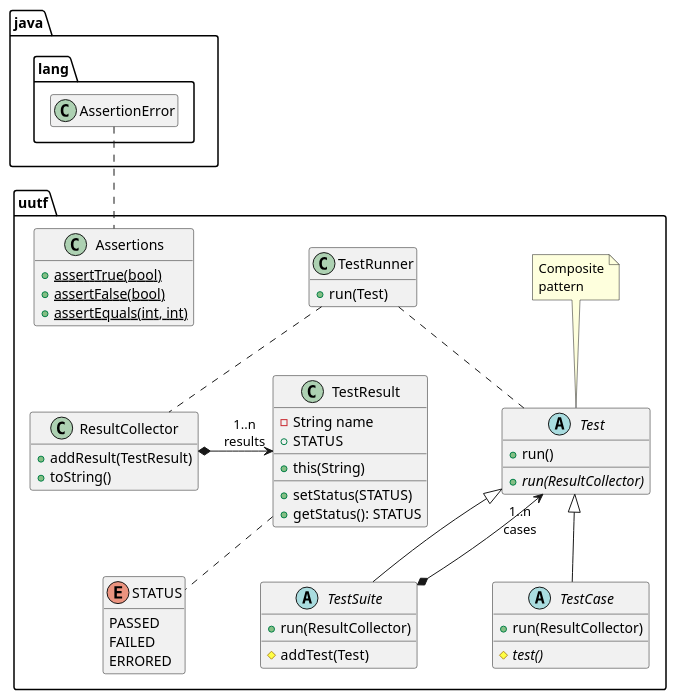
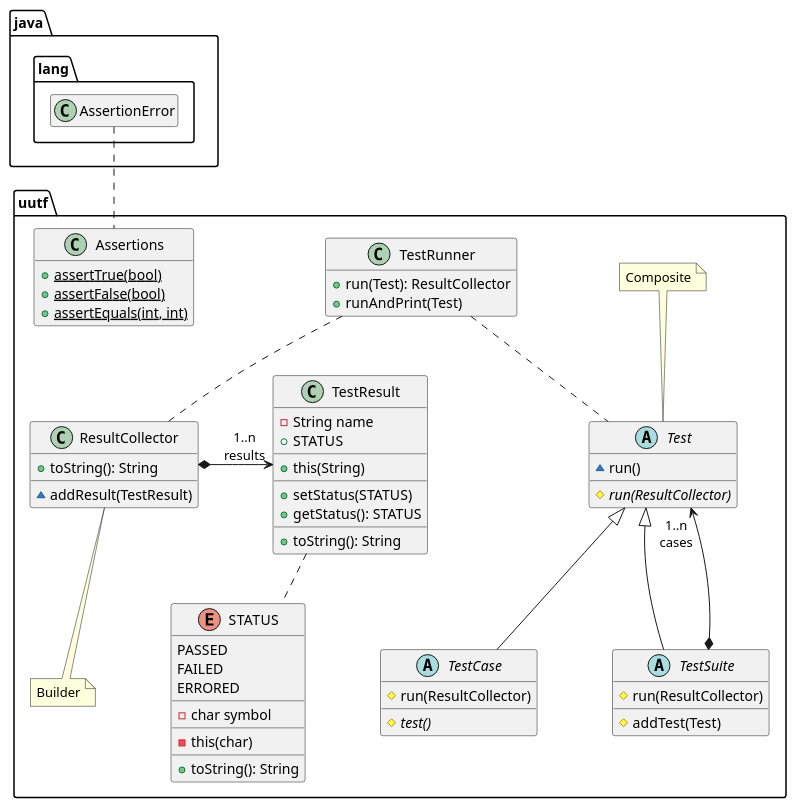
The diagram in docs/uml/4_test_composite.puml (ace-lectures/inf5153-junit-demo), drawn with PlantUML before and after one commit. The commit also changed 24 other files, not shown here.

```diff
--- a/docs/uml/4_test_composite.puml
+++ b/docs/uml/4_test_composite.puml
@@ -1,90 +1,100 @@
 @startuml
 
 skinparam nodesep 75
 skinparam ranksep 50
 hide empty members
 
 
 
 package uutf {
 
   class Assertions {
     + {static} assertTrue(bool)
     + {static} assertFalse(bool)
     + {static} assertEquals(int, int)
   }
 
   abstract class Test {
-    + run()
+    ~ run()
     __
-    + {abstract} run(ResultCollector)
+    # {abstract} run(ResultCollector)
   }
   note top
     Composite
-    pattern
   end note
 
   abstract class TestCase {
-    + run(ResultCollector)
+    # run(ResultCollector)
     __
     # {abstract} test()
   }
 
   abstract class TestSuite {
-    + run(ResultCollector)
+    # run(ResultCollector)
     __
     # addTest(Test)
   }
 
   TestSuite *--> "1..n\ncases" Test
 
   class TestRunner {
-    + run(Test)
+    + run(Test): ResultCollector
+    + runAndPrint(Test)
   }
 
   TestRunner .. Test
 
   Test <|-- TestCase
   Test <|-- TestSuite
 
   class ResultCollector {
-    + addResult(TestResult)
-    + toString()
+    + toString(): String
+    __
+    ~ addResult(TestResult)
   }
+  note bottom: Builder
 
   ResultCollector *-> "1..n\nresults" TestResult
 
   Assertions .[hidden]. ResultCollector
 
-enum STATUS {
-  PASSED
-  FAILED
-  ERRORED
-}
+  enum STATUS {
+    PASSED
+    FAILED
+    ERRORED
+    __
+    - char symbol
+    __
+    - this(char)
+    __
+    + toString(): String
+  }
 
-class TestResult {
-  - String name
-  + STATUS
-  __
-  + this(String)
-  __
-  + setStatus(STATUS)
-  + getStatus(): STATUS
-}
+  class TestResult {
+    - String name
+    + STATUS
+    __
+    + this(String)
+    __
+    + setStatus(STATUS)
+    + getStatus(): STATUS
+    __
+    + toString(): String
+  }
 
 TestResult .. STATUS
 TestRunner .. ResultCollector
 
 }
 
 package java.lang {
   class AssertionError
 }
 
 AssertionError .. Assertions
 
 
 
 
 
 @enduml
```
